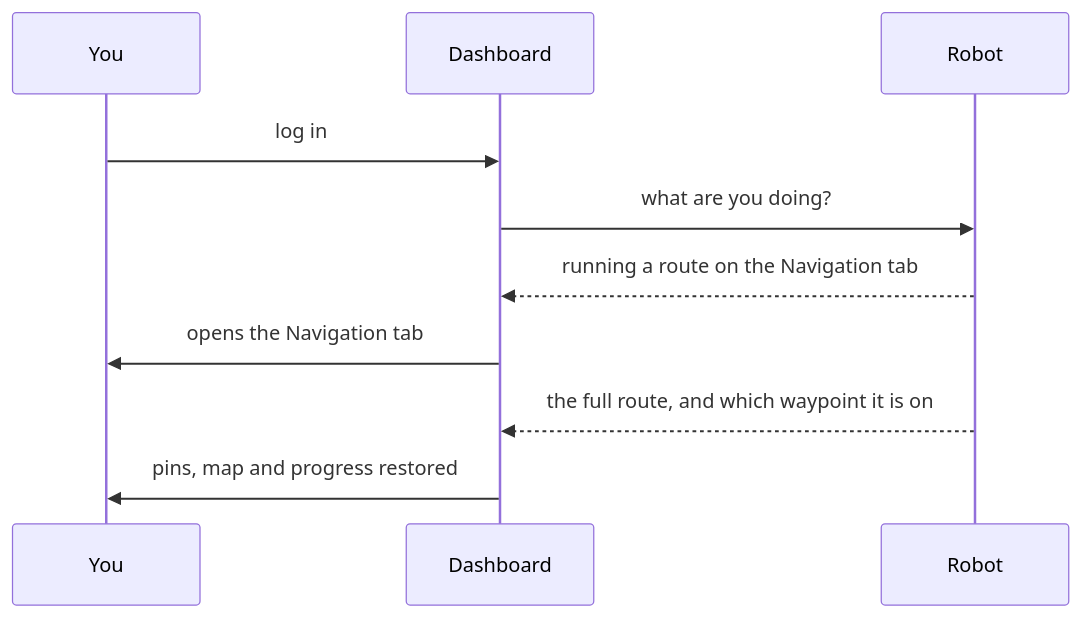
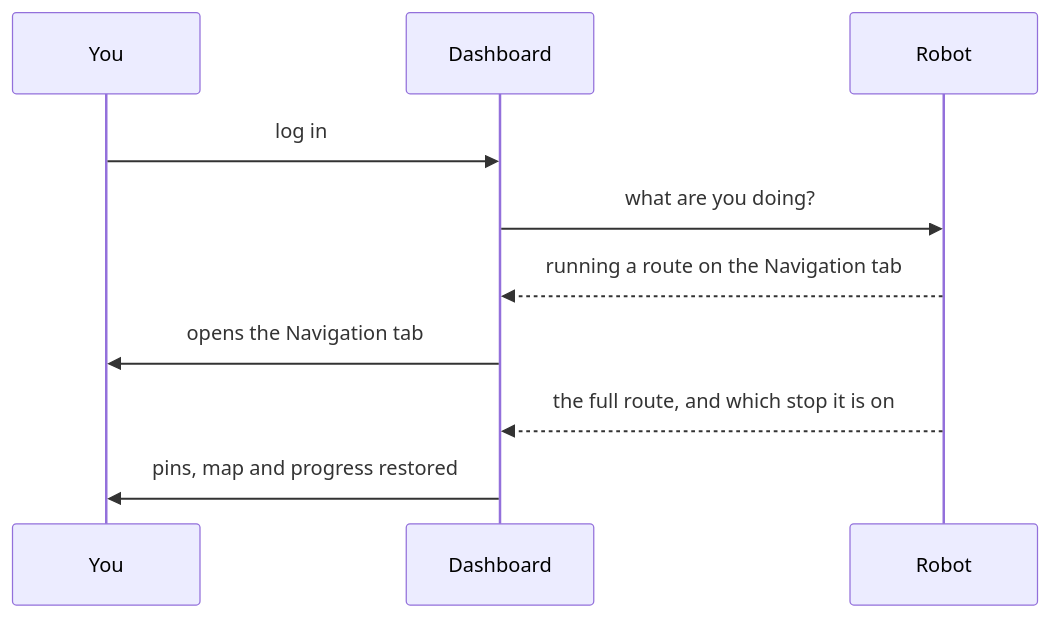
Before and after one commit to itbdelaboprogramming/msd700_documentation: the fourth of 4 diagrams in docs/id/user-guide/behavior.md, drawn with Mermaid. The commit also changed other lines of this file and 35 other files, not shown here.

````diff
--- a/docs/id/user-guide/behavior.md
+++ b/docs/id/user-guide/behavior.md
@@ -129,13 +129,13 @@
 ```mermaid
 sequenceDiagram
   participant You
   participant Dashboard
   participant Robot
 
   You->>Dashboard: log in
   Dashboard->>Robot: what are you doing?
   Robot-->>Dashboard: running a route on the Navigation tab
   Dashboard->>You: opens the Navigation tab
-  Robot-->>Dashboard: the full route, and which waypoint it is on
+  Robot-->>Dashboard: the full route, and which stop it is on
   Dashboard->>You: pins, map and progress restored
 ```
````
